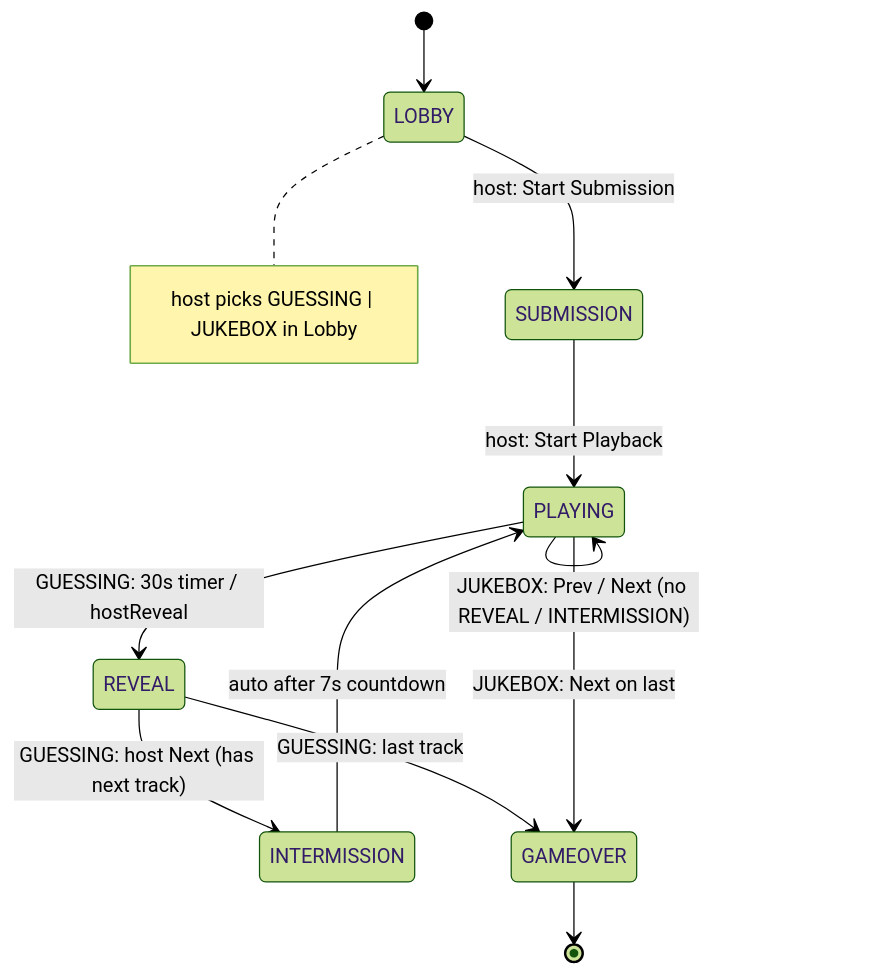
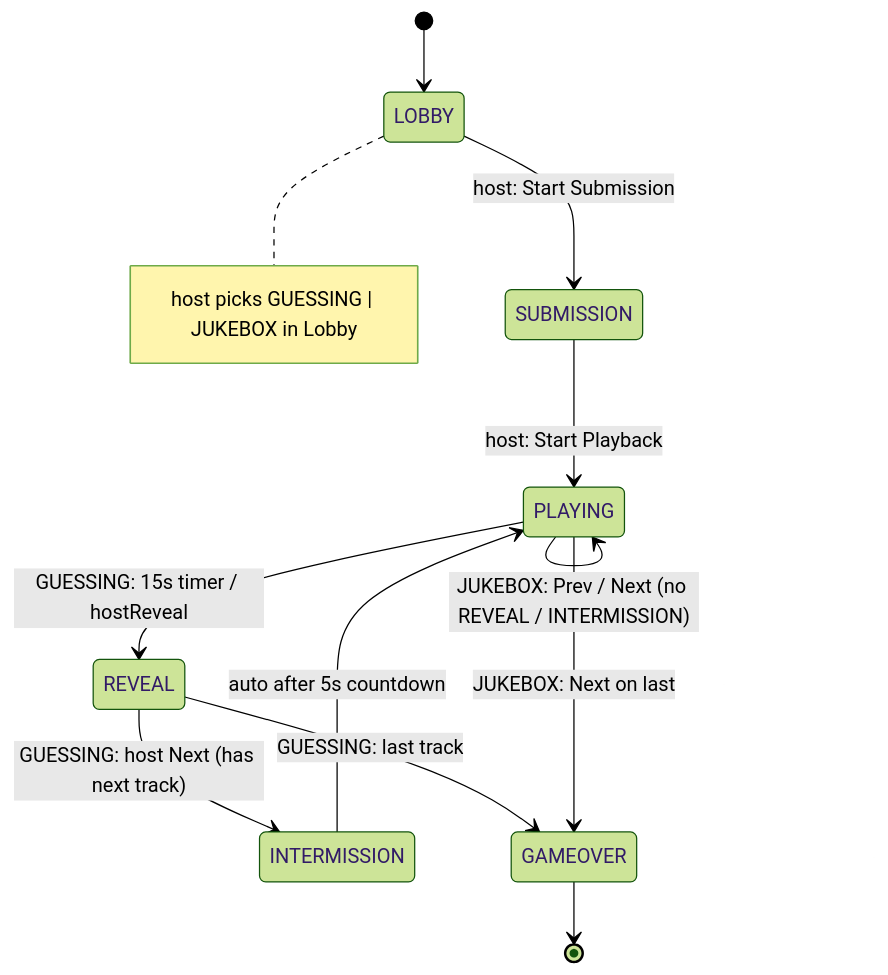
Before and after one commit to sudo-Harshk/pmp: the third of 3 diagrams in docs/ARCHITECTURE.md, drawn with Mermaid (forest theme). The commit also changed other lines of this file and 8 other files, not shown here.

````diff
--- a/docs/ARCHITECTURE.md
+++ b/docs/ARCHITECTURE.md
@@ -101,14 +101,14 @@
 ```mermaid
 stateDiagram-v2
     [*] --> LOBBY
     LOBBY --> SUBMISSION: host: Start Submission
     note right of LOBBY: host picks GUESSING | JUKEBOX in Lobby
     SUBMISSION --> PLAYING: host: Start Playback
-    PLAYING --> REVEAL: GUESSING: 30s timer / hostReveal
+    PLAYING --> REVEAL: GUESSING: 15s timer / hostReveal
     REVEAL --> INTERMISSION: GUESSING: host Next (has next track)
-    INTERMISSION --> PLAYING: auto after 7s countdown
+    INTERMISSION --> PLAYING: auto after 5s countdown
     REVEAL --> GAMEOVER: GUESSING: last track
     PLAYING --> PLAYING: JUKEBOX: Prev / Next (no REVEAL / INTERMISSION)
     PLAYING --> GAMEOVER: JUKEBOX: Next on last
     GAMEOVER --> [*]
 ```
````
